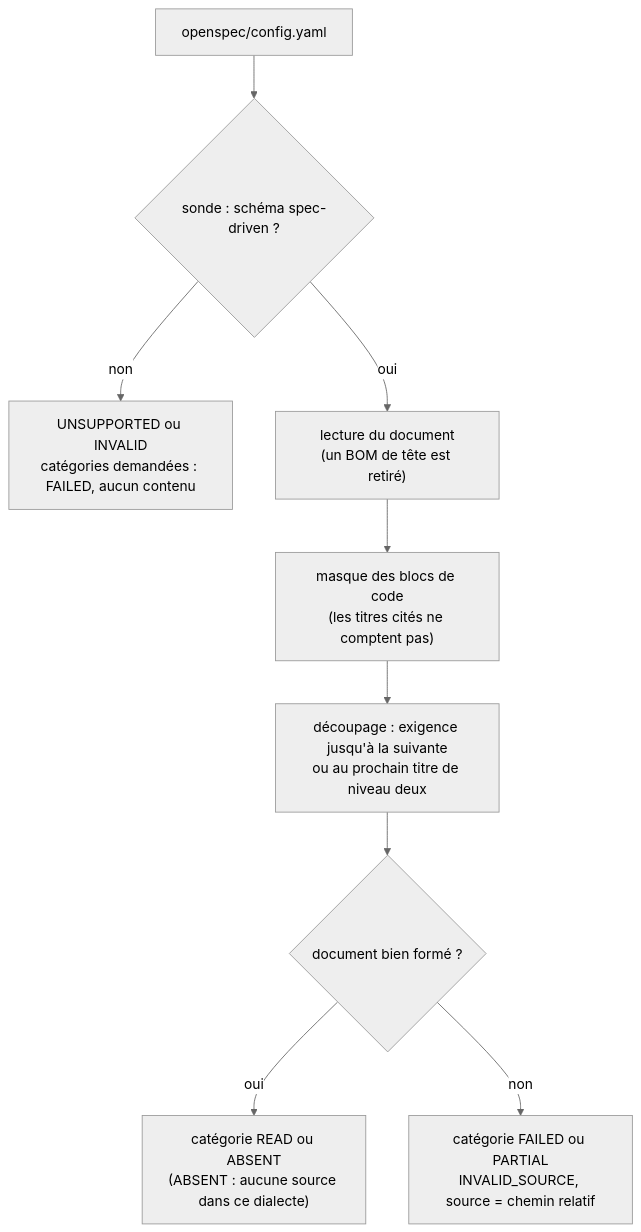
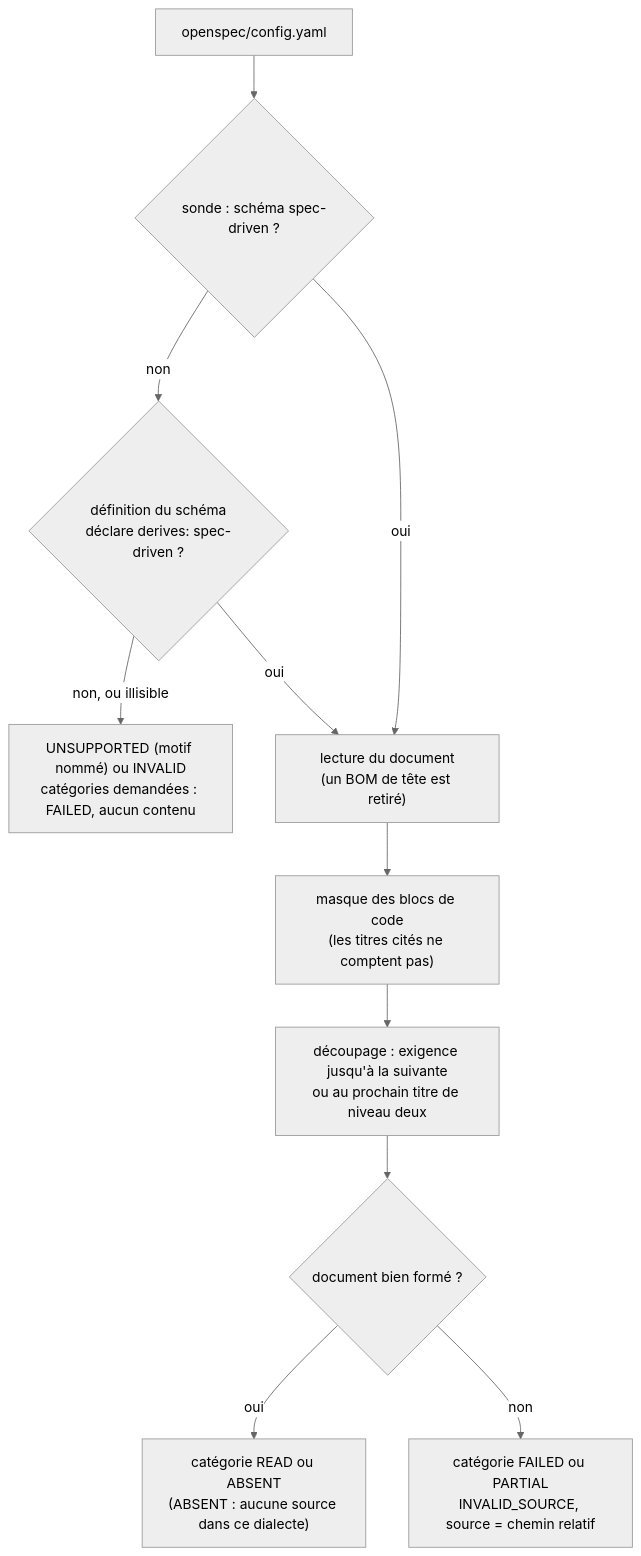
The first of 2 diagrams in docs/developer/specifications/openspec-provider-reading.md (FTurleque/morpheus-engine), drawn with Mermaid (neutral theme) before and after one commit. The commit also changed other lines of this file and 17 other files, not shown here.

````diff
--- a/docs/developer/specifications/openspec-provider-reading.md
+++ b/docs/developer/specifications/openspec-provider-reading.md
@@ -82,11 +104,13 @@
 ```mermaid
 flowchart TD
     C["openspec/config.yaml"] --> P{"sonde : schéma spec-driven ?"}
-    P -- "non" --> U["UNSUPPORTED ou INVALID<br/>catégories demandées : FAILED, aucun contenu"]
+    P -- "non" --> Q{"définition du schéma<br/>déclare derives: spec-driven ?"}
+    Q -- "non, ou illisible" --> U["UNSUPPORTED (motif nommé) ou INVALID<br/>catégories demandées : FAILED, aucun contenu"]
+    Q -- "oui" --> D
     P -- "oui" --> D["lecture du document<br/>(un BOM de tête est retiré)"]
     D --> M["masque des blocs de code<br/>(les titres cités ne comptent pas)"]
     M --> S["découpage : exigence jusqu'à la suivante<br/>ou au prochain titre de niveau deux"]
     S --> K{"document bien formé ?"}
     K -- "oui" --> R["catégorie READ ou ABSENT<br/>(ABSENT : aucune source dans ce dialecte)"]
     K -- "non" --> F["catégorie FAILED ou PARTIAL<br/>INVALID_SOURCE, source = chemin relatif"]
 ```
````
